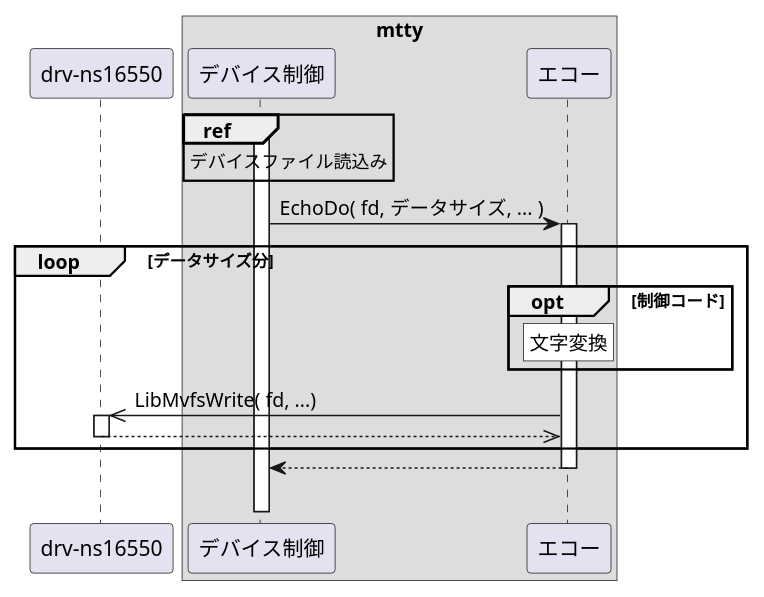
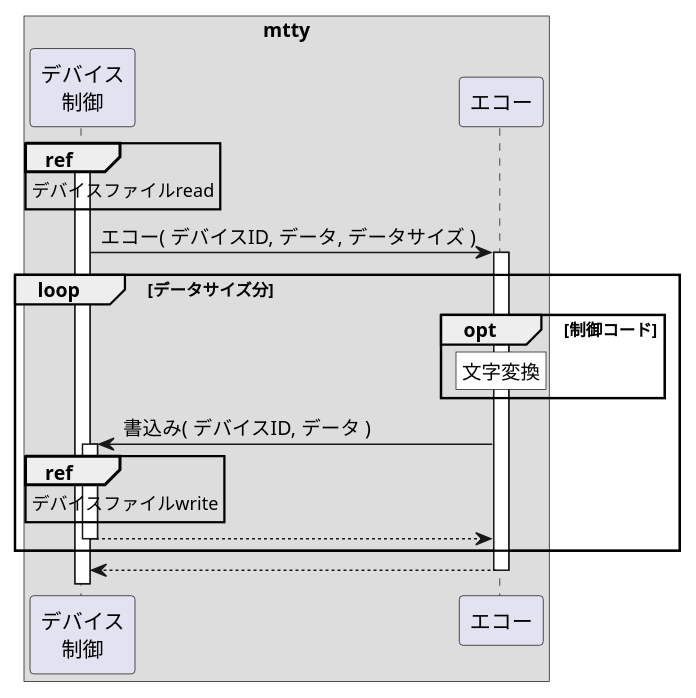
Before and after one commit to MasterMochi/mtty: the diagram in docs/docs/internal/echo/echo.puml, drawn with PlantUML. The commit also changed 167 other files, not shown here.

```diff
--- a/docs/docs/internal/echo/echo.puml
+++ b/docs/docs/internal/echo/echo.puml
@@ -1,32 +1,29 @@
 @startuml
 
-participant "drv-ns16550" as drv
-
 box "mtty"
-    participant "デバイス制御" as dctrl
-    participant "エコー"       as echo
+    participant "デバイス\n制御" as dctrl
+    participant "エコー"         as echo
 end box
 
 activate dctrl
+ref over dctrl: デバイスファイルread
 
-ref over dctrl: デバイスファイル読込み
-
-dctrl -> echo: EchoDo( fd, データサイズ, ... )
+dctrl -> echo: エコー( デバイスID, データ, データサイズ )
 activate echo
 
 loop データサイズ分
     opt 制御コード
         rnote over echo #FFFFFF: 文字変換
     end opt
 
-    drv <<- echo: LibMvfsWrite( fd, ...)
-    activate drv
-    drv -->> echo:
-    deactivate drv
+    dctrl <- echo: 書込み( デバイスID, データ )
+    activate dctrl
+    ref over dctrl: デバイスファイルwrite
+    dctrl --> echo:
+    deactivate dctrl
 end loop
 
 dctrl <-- echo:
 deactivate echo
-||20||
 
 @enduml
```
